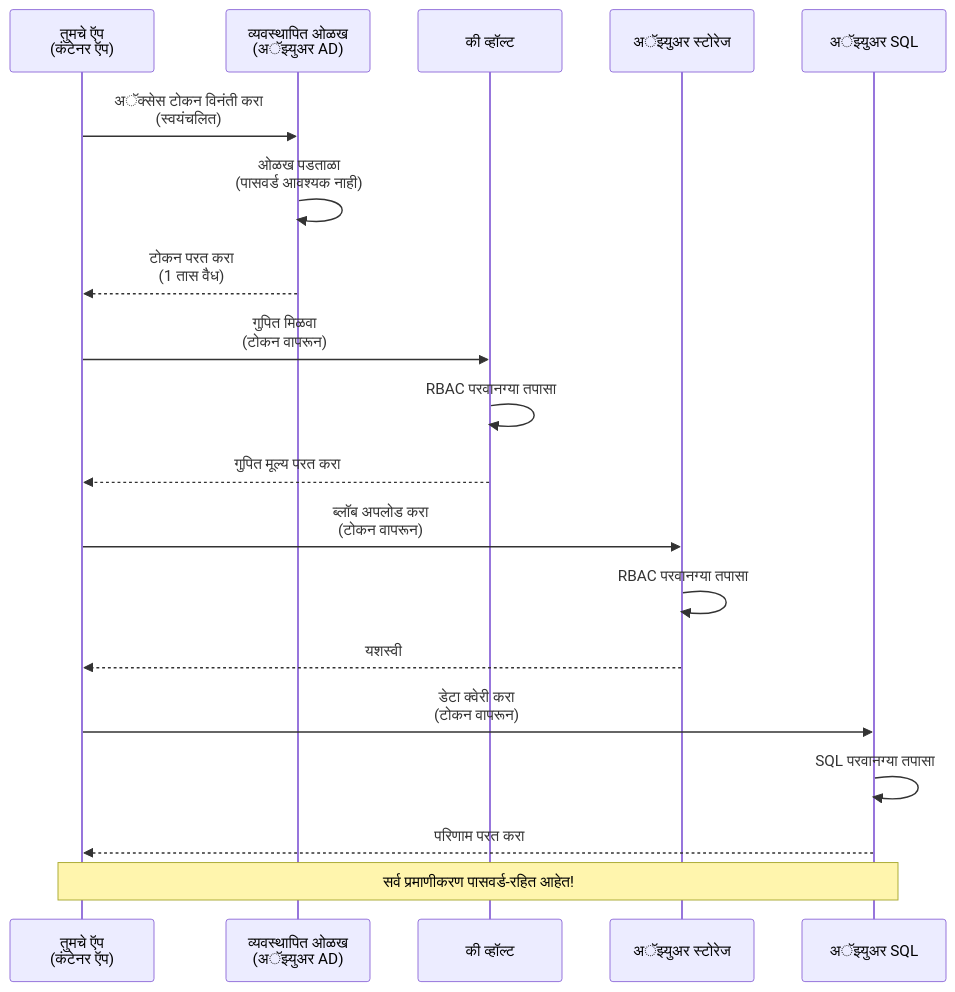
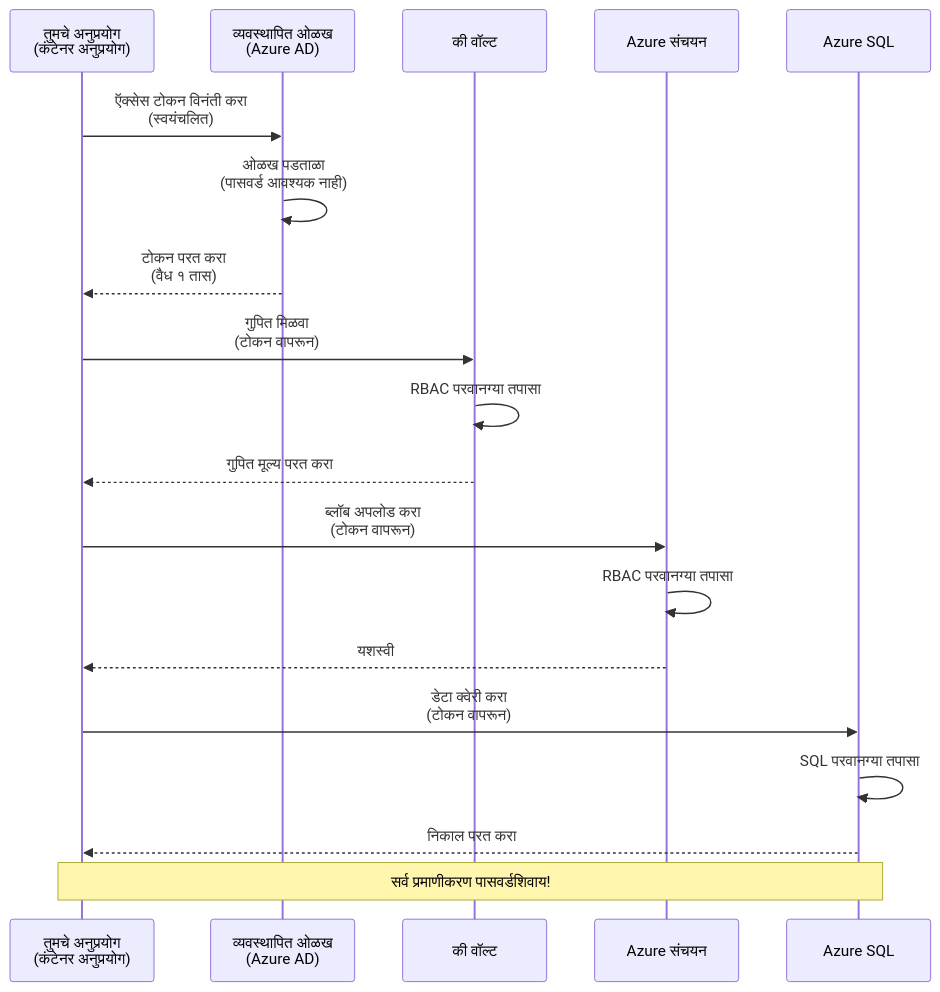
Before and after one commit to microsoft/AZD-for-beginners: the first of 2 diagrams in translations/mr/docs/chapter-03-configuration/authsecurity.md, drawn with Mermaid. The commit also changed other lines of this file and 101 other files, not shown here.

````diff
--- a/translations/mr/docs/chapter-03-configuration/authsecurity.md
+++ b/translations/mr/docs/chapter-03-configuration/authsecurity.md
@@ -69,26 +69,26 @@
 ```mermaid
 sequenceDiagram
-    participant App as तुमचे ऍप<br/>(कंटेनर ऍप)
-    participant MI as व्यवस्थापित ओळख<br/>(अॅझ्युअर AD)
-    participant KV as की व्हॉल्ट
-    participant Storage as अॅझ्युअर स्टोरेज
-    participant DB as अॅझ्युअर SQL
+    participant App as तुमचे अनुप्रयोग<br/>(कंटेनर अनुप्रयोग)
+    participant MI as व्यवस्थापित ओळख<br/>(Azure AD)
+    participant KV as की वॉल्ट
+    participant Storage as Azure संचयन
+    participant DB as Azure SQL
     
-    App->>MI: अॅक्सेस टोकन विनंती करा<br/>(स्वयंचलित)
+    App->>MI: ऍक्सेस टोकन विनंती करा<br/>(स्वयंचलित)
     MI->>MI: ओळख पडताळा<br/>(पासवर्ड आवश्यक नाही)
-    MI-->>App: टोकन परत करा<br/>(1 तास वैध)
+    MI-->>App: टोकन परत करा<br/>(वैध १ तास)
     
     App->>KV: गुपित मिळवा<br/>(टोकन वापरून)
     KV->>KV: RBAC परवानग्या तपासा
     KV-->>App: गुपित मूल्य परत करा
     
     App->>Storage: ब्लॉब अपलोड करा<br/>(टोकन वापरून)
     Storage->>Storage: RBAC परवानग्या तपासा
     Storage-->>App: यशस्वी
     
     App->>DB: डेटा क्वेरी करा<br/>(टोकन वापरून)
     DB->>DB: SQL परवानग्या तपासा
-    DB-->>App: परिणाम परत करा
+    DB-->>App: निकाल परत करा
     
-    Note over App,DB: सर्व प्रमाणीकरण पासवर्ड-रहित आहेत!
+    Note over App,DB: सर्व प्रमाणीकरण पासवर्डशिवाय!
 ```
````
